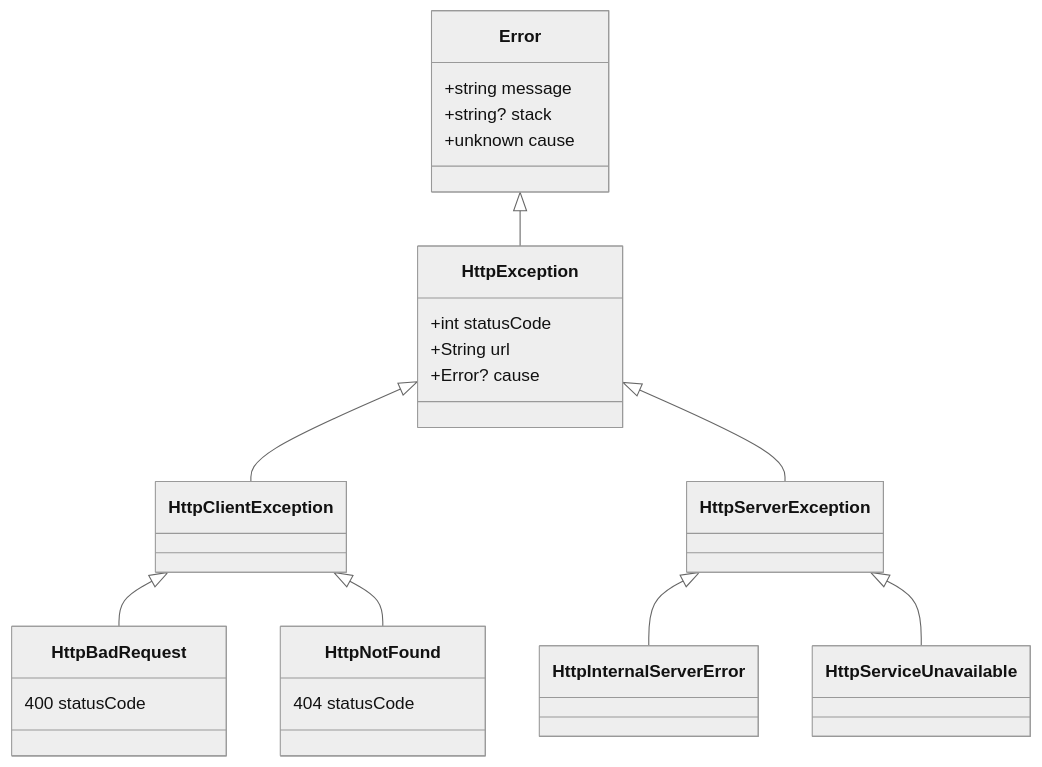
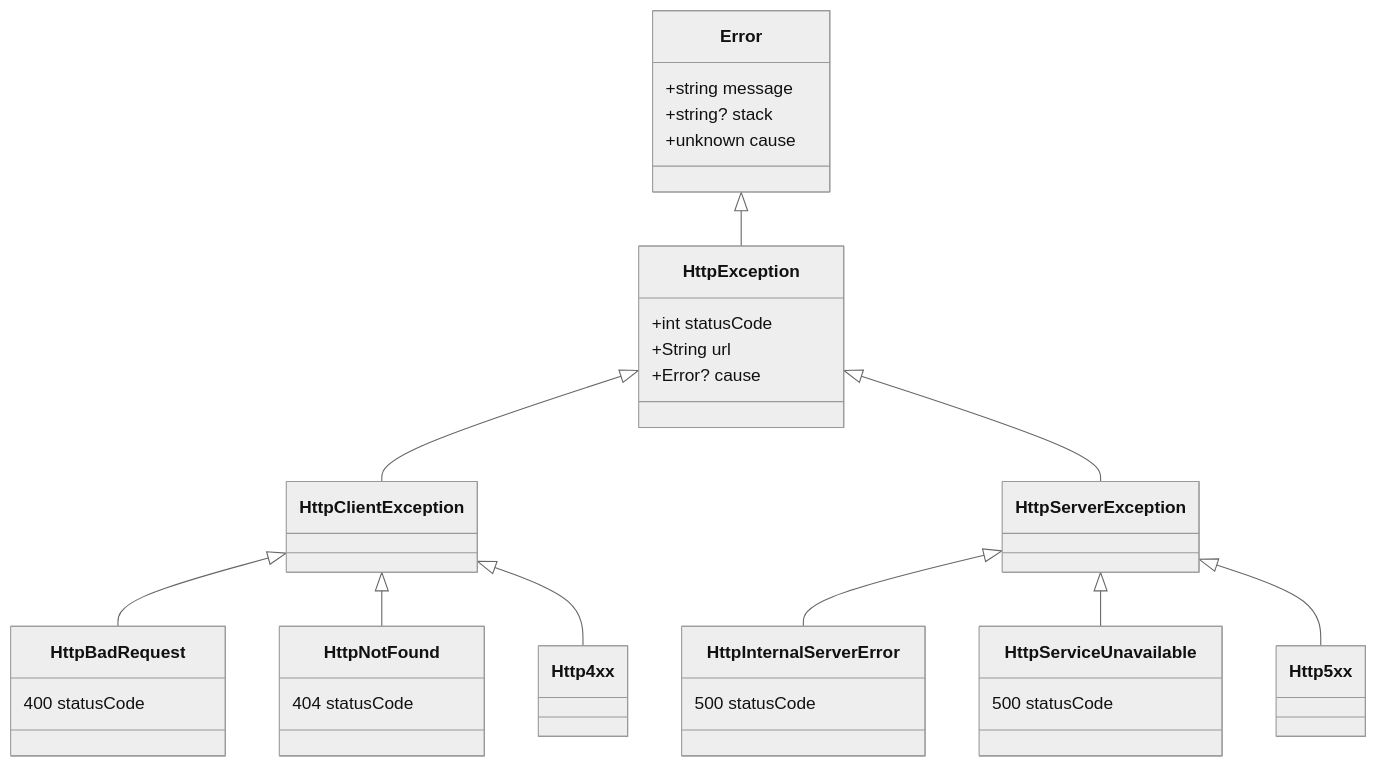
One commit to belgattitude/http-exception changed the diagram in docs/README.md. Above: the diagram before and after it, drawn with Mermaid (neutral theme). The commit also changed other lines of this file and 5 other files, not shown here.

````diff
--- a/docs/README.md
+++ b/docs/README.md
@@ -407,18 +375,23 @@
 ```mermaid
 classDiagram
     Error <|-- HttpException
     Error: +string message
     Error: +string? stack
     Error: +unknown cause
     HttpException : +int statusCode
     HttpException : +String url
     HttpException : +Error? cause
     HttpException <|-- HttpClientException
     HttpException <|-- HttpServerException
     HttpClientException <|-- HttpBadRequest
     HttpClientException <|-- HttpNotFound
+    HttpClientException <|-- Http4xx
     HttpServerException <|-- HttpInternalServerError
     HttpServerException <|-- HttpServiceUnavailable
+    HttpServerException <|-- Http5xx
     HttpNotFound : 404 statusCode
     HttpBadRequest : 400 statusCode
+    HttpInternalServerError: 500 statusCode
+    HttpServiceUnavailable: 500 statusCode
+
 ```
````
